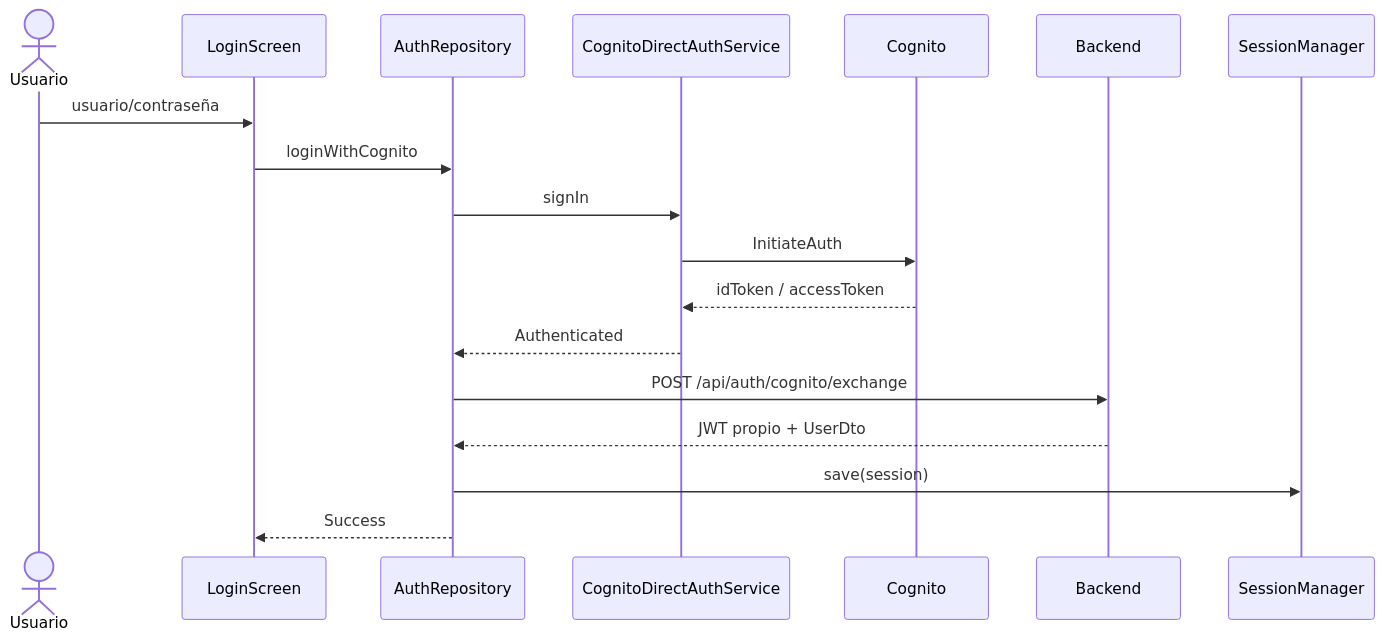
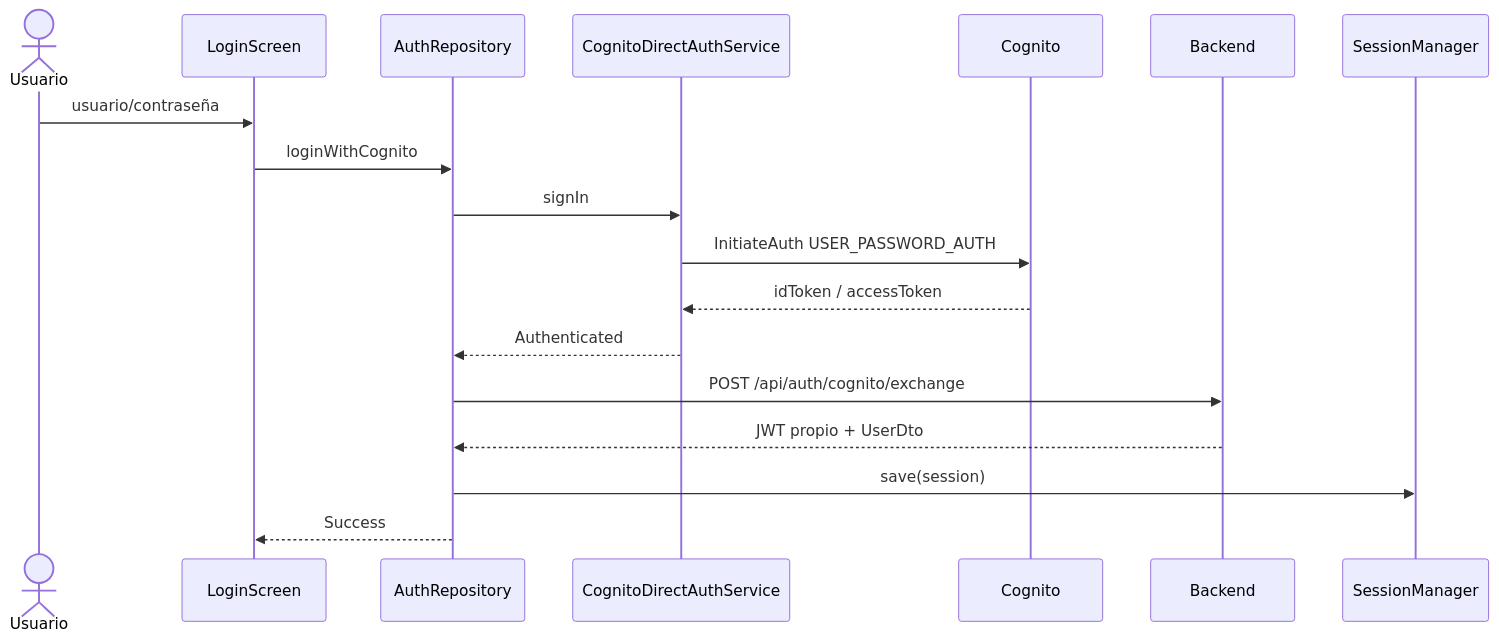
The second of 8 diagrams in ARQUITECTURA_COMPLETA_SYNCPASS.md (Aracelymp/SyncPass), drawn with Mermaid before and after one commit. The commit also changed other lines of this file and 5 other files, not shown here.

````diff
--- a/ARQUITECTURA_COMPLETA_SYNCPASS.md
+++ b/ARQUITECTURA_COMPLETA_SYNCPASS.md
@@ -645,20 +289,20 @@
 ```mermaid
 sequenceDiagram
     actor Usuario
     participant LoginScreen
     participant AuthRepository
     participant CognitoDirectAuthService
     participant Cognito
     participant Backend
     participant SessionManager
     Usuario->>LoginScreen: usuario/contraseña
     LoginScreen->>AuthRepository: loginWithCognito
     AuthRepository->>CognitoDirectAuthService: signIn
-    CognitoDirectAuthService->>Cognito: InitiateAuth
+    CognitoDirectAuthService->>Cognito: InitiateAuth USER_PASSWORD_AUTH
     Cognito-->>CognitoDirectAuthService: idToken / accessToken
     CognitoDirectAuthService-->>AuthRepository: Authenticated
     AuthRepository->>Backend: POST /api/auth/cognito/exchange
     Backend-->>AuthRepository: JWT propio + UserDto
     AuthRepository->>SessionManager: save(session)
     AuthRepository-->>LoginScreen: Success
 ```
````
